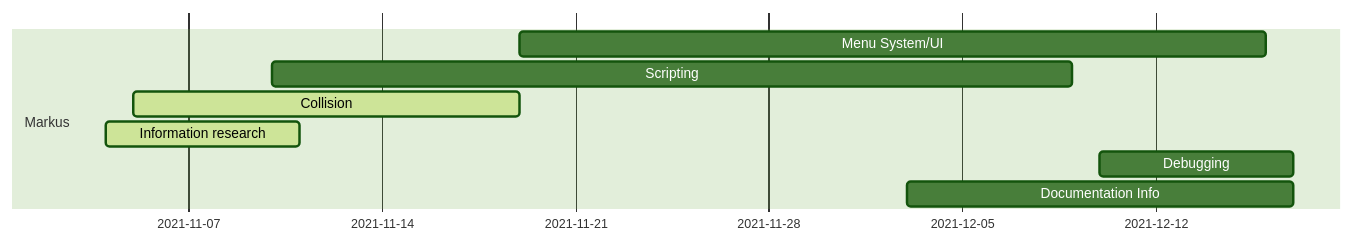
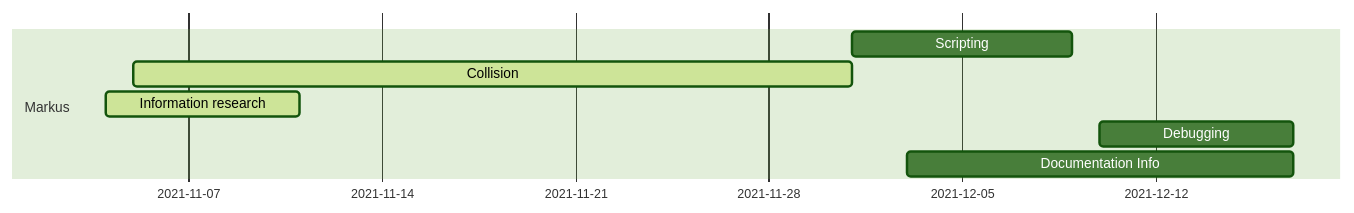
The sixth of 8 diagrams in docs/ProjectPlan.md (IlkkaTakala/Eril-Engine), drawn with Mermaid (forest theme) before and after one commit. The commit also changed other lines of this file, not shown here.

Commit message:
Updated responsibilities, timelines

````diff
--- a/docs/ProjectPlan.md
+++ b/docs/ProjectPlan.md
@@ -111,12 +121,11 @@
 ```mermaid
 gantt
 dateFormat  DD-MM
 
 section Markus
-Menu System/UI          :         mades1, 19-11, 16-12
-Scripting               :         mades2, 10-11, 09-12
-Collision               :active,  mades3, 05-11, 19-11
+Scripting               :         mades2, after mades3, 09-12
+Collision               :active,  mades3, 05-11, 01-12
 Information research    :active,  mades6, 04-11, 11-11
 Debugging               :         mades8, 10-12, 17-12
 Documentation Info      :         mades9, 03-12, 17-12
 ```
````
